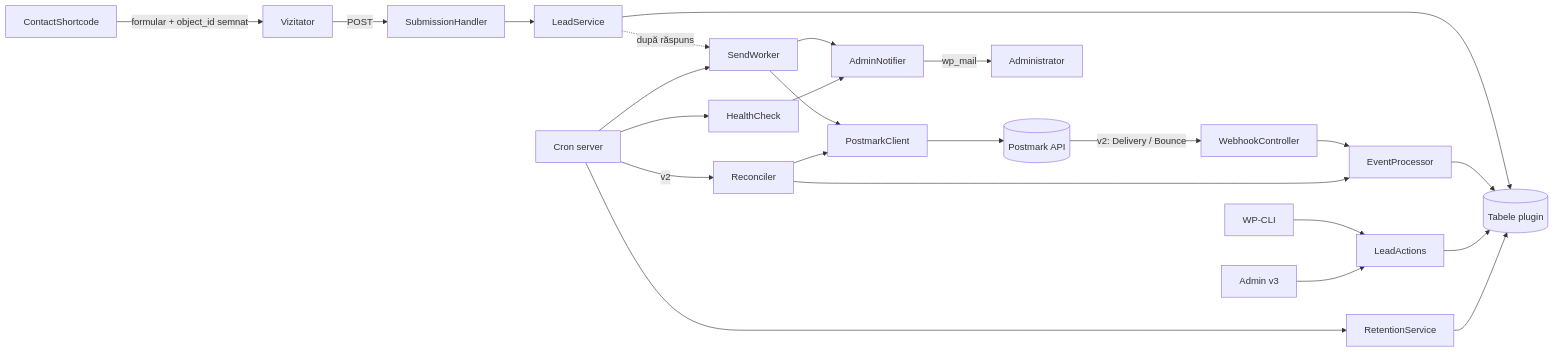
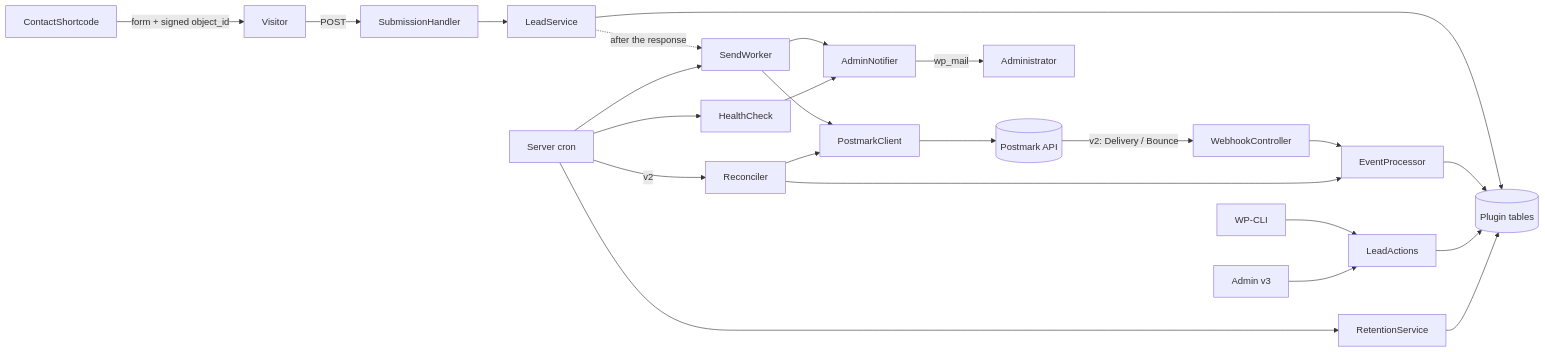
The first of 6 diagrams in docs/ARCHITECTURE.md (gzalinski/email-leads-tracker), drawn with Mermaid before and after one commit. The commit also changed other lines of this file and 79 other files, not shown here.

````diff
--- a/docs/ARCHITECTURE.md
+++ b/docs/ARCHITECTURE.md
@@ -144,26 +144,26 @@
 ```mermaid
 flowchart LR
-    V[Vizitator] -->|POST| SH[SubmissionHandler]
-    SC[ContactShortcode] -->|formular + object_id semnat| V
+    V[Visitor] -->|POST| SH[SubmissionHandler]
+    SC[ContactShortcode] -->|form + signed object_id| V
     SH --> LS[LeadService]
-    LS --> DB[(Tabele plugin)]
-    LS -.->|după răspuns| SW[SendWorker]
-    CRON[Cron server] --> SW
+    LS --> DB[(Plugin tables)]
+    LS -.->|after the response| SW[SendWorker]
+    CRON[Server cron] --> SW
     CRON --> RS[RetentionService]
     CRON --> HC[HealthCheck]
     CRON -->|v2| REC[Reconciler]
     SW --> PC[PostmarkClient]
     PC --> PM[(Postmark API)]
     SW --> AN[AdminNotifier]
     HC --> AN
     AN -->|wp_mail| ADM[Administrator]
     PM -->|v2: Delivery / Bounce| WC[WebhookController]
     WC --> EP[EventProcessor]
     REC --> PC
     REC --> EP
     EP --> DB
     CLI[WP-CLI] --> LA[LeadActions]
     ADMIN[Admin v3] --> LA
     LA --> DB
     RS --> DB
 ```
````
